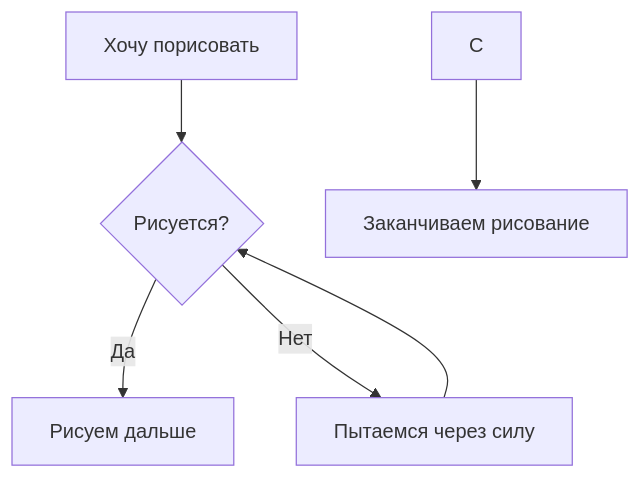
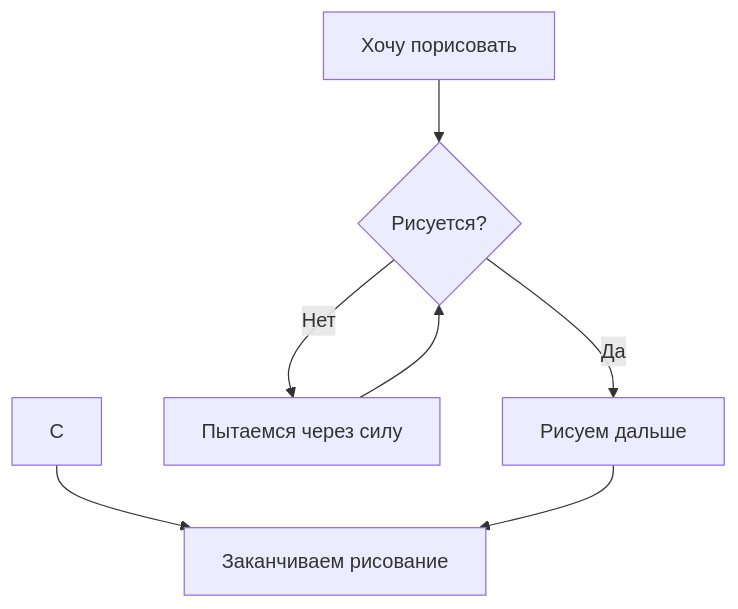
Before and after one commit to Hoshimi101/m: the diagram in minh.md, drawn with Mermaid.

Commit message:
второй

````diff
--- a/minh.md
+++ b/minh.md
@@ -31,8 +31,9 @@
 ```mermaid
 graph TD
   A[Хочу порисовать] --> B{Рисуется?}
   B --> |Да| C[Рисуем дальше]
   B --> |Нет| D[Пытаемся через силу]
   С --> G[Заканчиваем рисование]
+  C --> G
   D --> B
   ```
````
